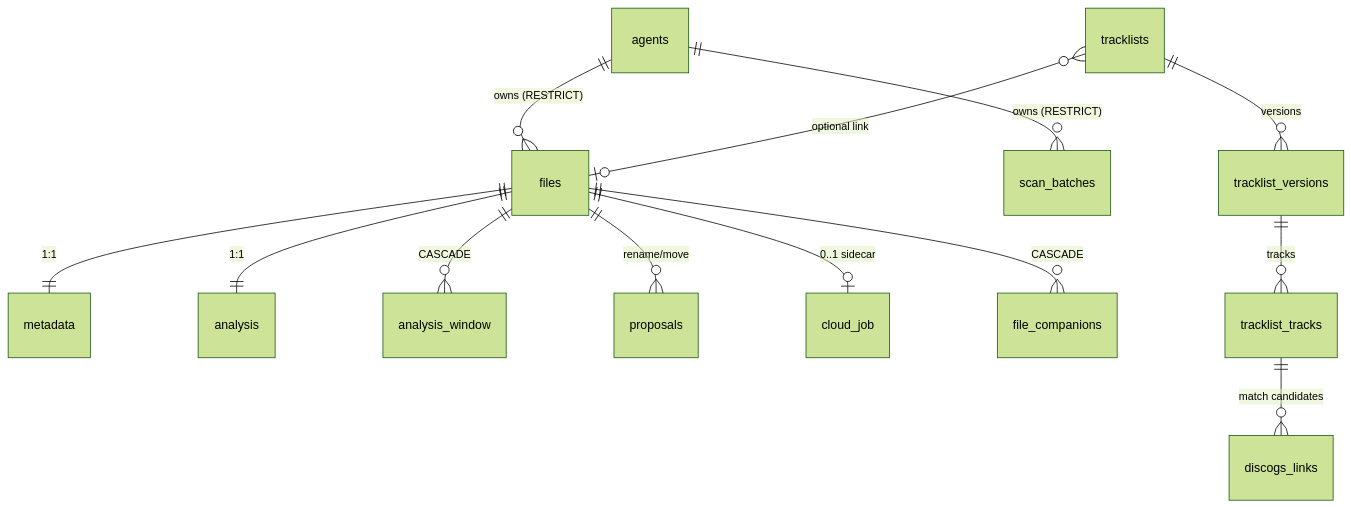
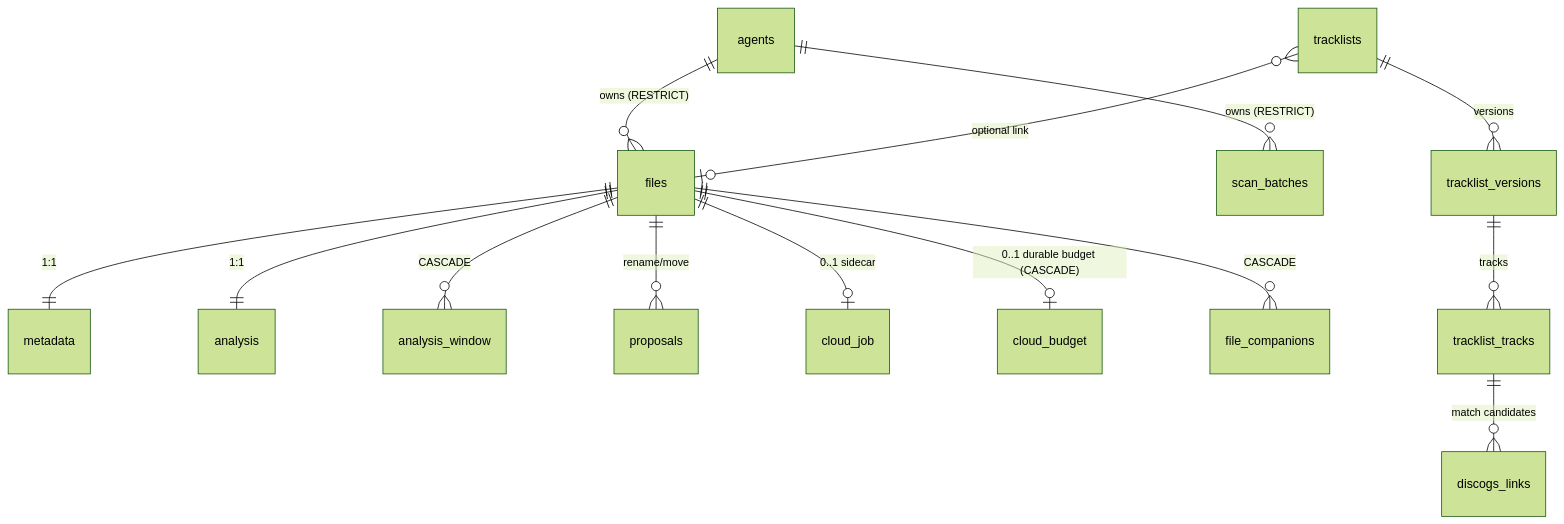
One commit to SimplicityGuy/phaze changed the first of 2 diagrams in docs/database.md. Above: the diagram before and after it, drawn with Mermaid (forest theme). The commit also changed other lines of this file and 20 other files, not shown here.

````diff
--- a/docs/database.md
+++ b/docs/database.md
@@ -53,15 +54,16 @@
 ```mermaid
 erDiagram
     agents ||--o{ files : "owns (RESTRICT)"
     agents ||--o{ scan_batches : "owns (RESTRICT)"
     files ||--|| metadata : "1:1"
     files ||--|| analysis : "1:1"
     files ||--o{ analysis_window : "CASCADE"
     files ||--o{ proposals : "rename/move"
     files ||--o| cloud_job : "0..1 sidecar"
+    files ||--o| cloud_budget : "0..1 durable budget (CASCADE)"
     files ||--o{ file_companions : "CASCADE"
     tracklists ||--o{ tracklist_versions : "versions"
     tracklist_versions ||--o{ tracklist_tracks : "tracks"
     tracklist_tracks ||--o{ discogs_links : "match candidates"
     tracklists }o--o| files : "optional link"
 ```
````
